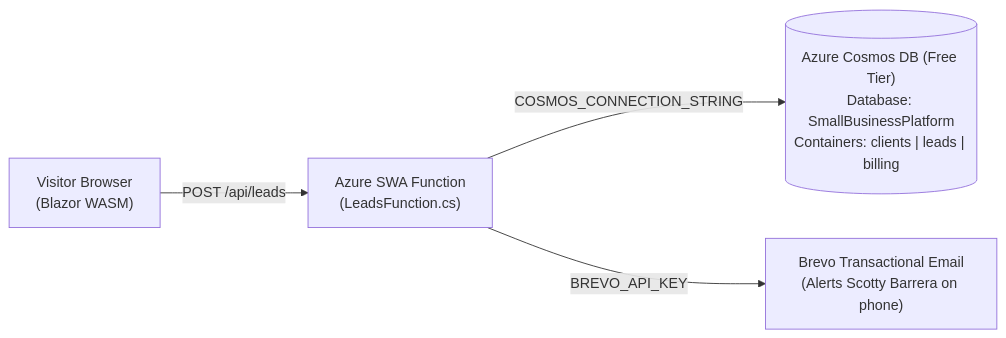
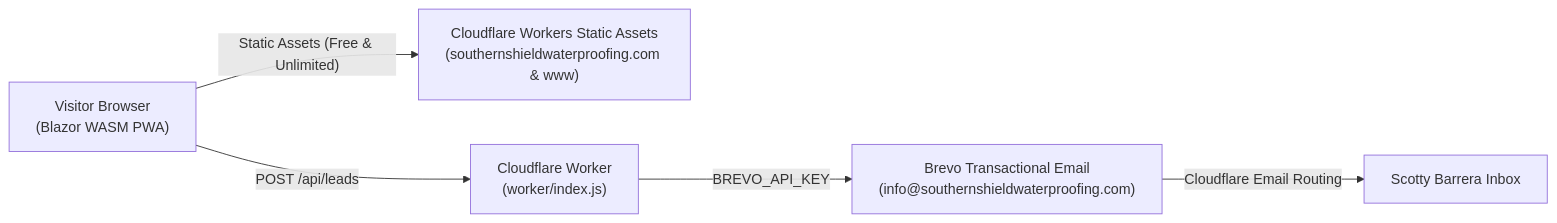
One commit to jasonpbarrera/SouthernShieldWaterproofing changed the diagram in README.md. Above: the diagram before and after it, drawn with Mermaid. The commit also changed other lines of this file and 6 other files, not shown here.

Commit message:
feat: migrate Southern Shield Waterproofing to Cloudflare Workers with Static Assets (Free Tier)

````diff
--- a/README.md
+++ b/README.md
@@ -27,6 +28,7 @@
 ```mermaid
 graph LR
-    Visitor["Visitor Browser\n(Blazor WASM)"] -->|"POST /api/leads"| Api["Azure SWA Function\n(LeadsFunction.cs)"]
-    Api -->|"COSMOS_CONNECTION_STRING"| Cosmos[("Azure Cosmos DB (Free Tier)\nDatabase: SmallBusinessPlatform\nContainers: clients | leads | billing")]
-    Api -->|"BREVO_API_KEY"| Brevo["Brevo Transactional Email\n(Alerts Scotty Barrera on phone)"]
+    Visitor["Visitor Browser\n(Blazor WASM PWA)"] -->|"Static Assets (Free & Unlimited)"| Assets["Cloudflare Workers Static Assets\n(southernshieldwaterproofing.com & www)"]
+    Visitor -->|"POST /api/leads"| Worker["Cloudflare Worker\n(worker/index.js)"]
+    Worker -->|"BREVO_API_KEY"| Brevo["Brevo Transactional Email\n(info@southernshieldwaterproofing.com)"]
+    Brevo -->|"Cloudflare Email Routing"| Gmail["Scotty Barrera Inbox"]
 ```
````
